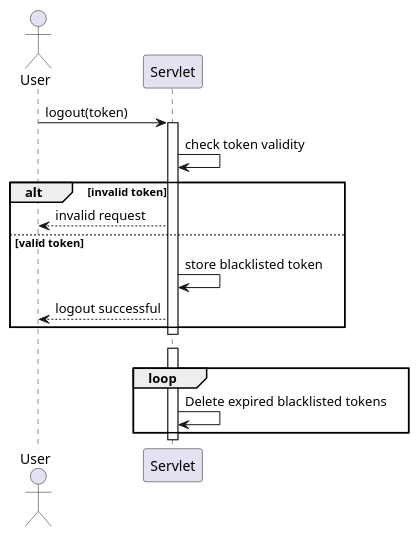
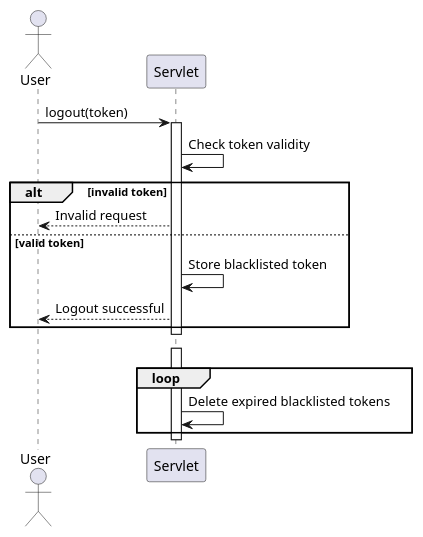
The diagram in docs/part3/JWTLogoutDiagram.puml (SWEN900072022/TeamZeroMarketPlaceBackEnd), drawn with PlantUML before and after one commit. The commit also changed 2 other files, not shown here.

Commit message:
final tidy up of diagrams

```diff
--- a/docs/part3/JWTLogoutDiagram.puml
+++ b/docs/part3/JWTLogoutDiagram.puml
@@ -1,22 +1,22 @@
 @startuml
 'https://plantuml.com/sequence-diagram
 
 actor User
 participant Servlet
 User -> Servlet : logout(token)
 activate Servlet
-Servlet -> Servlet : check token validity
+Servlet -> Servlet : Check token validity
 alt invalid token
-    Servlet --> User : invalid request
+    Servlet --> User : Invalid request
 else valid token
-    Servlet -> Servlet : store blacklisted token
-    Servlet --> User : logout successful
+    Servlet -> Servlet : Store blacklisted token
+    Servlet --> User : Logout successful
 end
 deactivate Servlet
 Servlet-[hidden]->Servlet
 activate Servlet
 loop
     Servlet -> Servlet : Delete expired blacklisted tokens
 end
 deactivate Servlet
 @enduml
```
